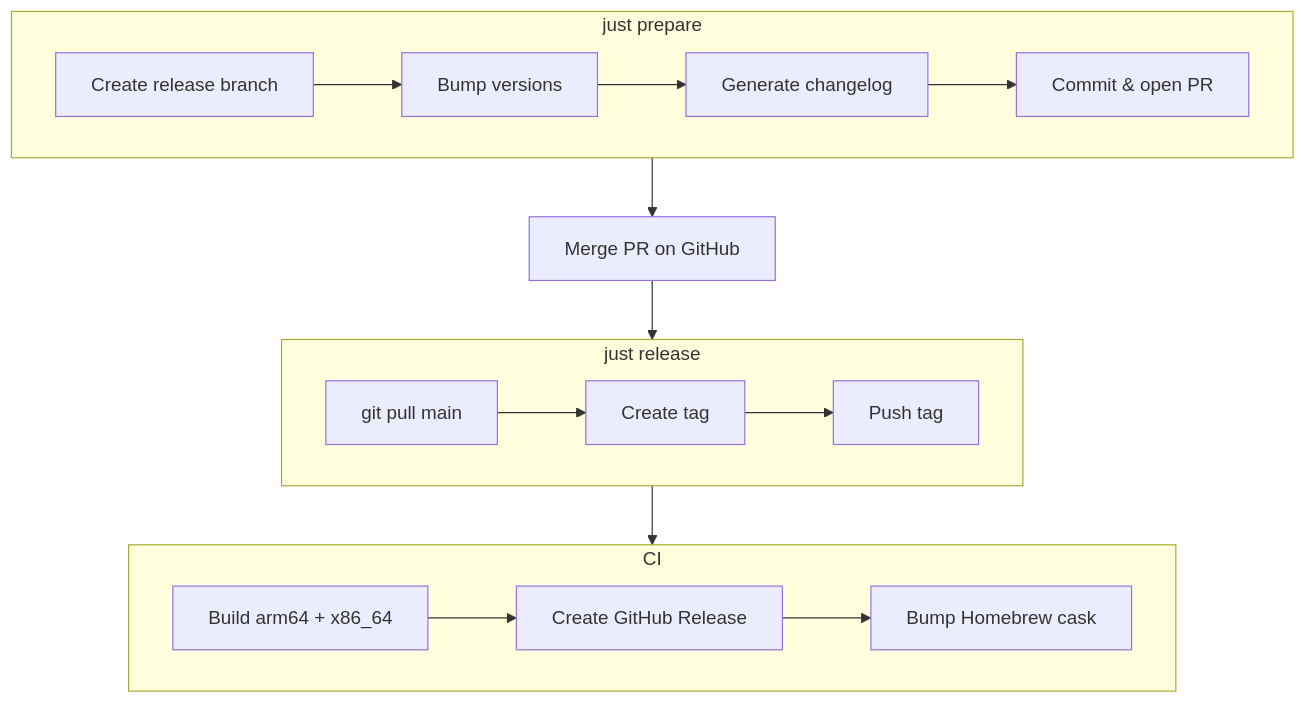
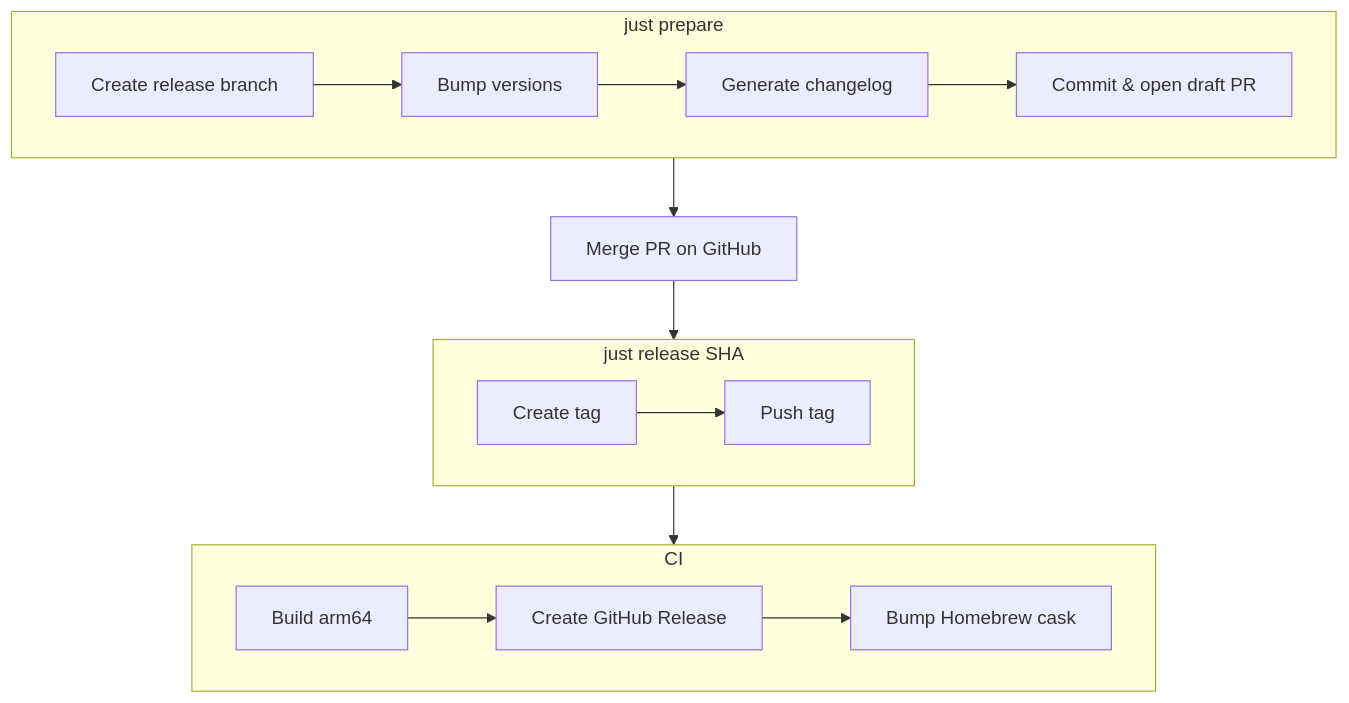
One commit to block/builderbot changed the diagram in apps/penpal/README.md. Above: the diagram before and after it, drawn with Mermaid. The commit also changed other lines of this file and 2 other files, not shown here.

Commit message:
fix(penpal): use GitHub App token for Homebrew tap trigger (#446)

````diff
--- a/apps/penpal/README.md
+++ b/apps/penpal/README.md
@@ -69,23 +68,23 @@
 ```mermaid
 flowchart TB
     subgraph prepare ["just prepare"]
         direction LR
-        A[Create release branch] --> B[Bump versions] --> C[Generate changelog] --> D[Commit & open PR]
+        A[Create release branch] --> B[Bump versions] --> C[Generate changelog] --> D[Commit & open draft PR]
     end
 
     prepare --> E[Merge PR on GitHub]
 
-    subgraph release ["just release"]
+    subgraph release ["just release SHA"]
         direction LR
-        F[git pull main] --> G[Create tag] --> H[Push tag]
+        F[Create tag] --> G[Push tag]
     end
 
     E --> release
 
     subgraph ci [CI]
         direction LR
-        I[Build arm64 + x86_64] --> J[Create GitHub Release] --> K[Bump Homebrew cask]
+        I[Build arm64] --> J[Create GitHub Release] --> K[Bump Homebrew cask]
     end
 
     release --> ci
 ```
````
